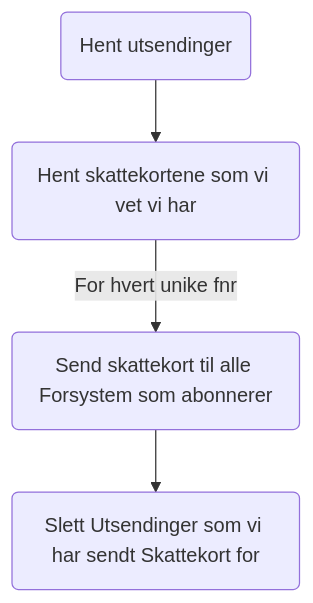
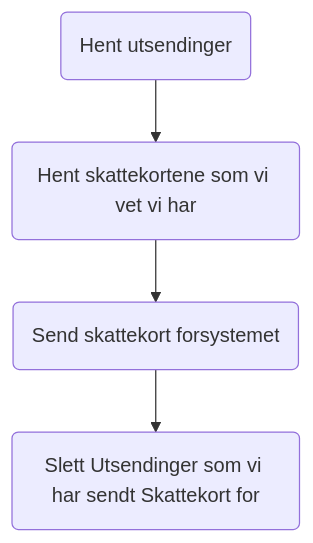
One commit to navikt/sokos-skattekort changed the seventh of 9 diagrams in dokumentasjon/arkitektur/workflows.md. Above: the diagram before and after it, drawn with Mermaid. The commit also changed other lines of this file and 6 other files, not shown here.

````diff
--- a/dokumentasjon/arkitektur/workflows.md
+++ b/dokumentasjon/arkitektur/workflows.md
@@ -81,5 +87,5 @@
 ```mermaid
 flowchart TD
     U(Hent utsendinger) --> S(Hent skattekortene som vi vet vi har)
-    S -->|For hvert unike fnr| SO(Send skattekort til alle Forsystem som abonnerer) --> SLETT(Slett Utsendinger som vi har sendt Skattekort for)
+    S --> SO(Send skattekort forsystemet) --> SLETT(Slett Utsendinger som vi har sendt Skattekort for)
 ```
````
